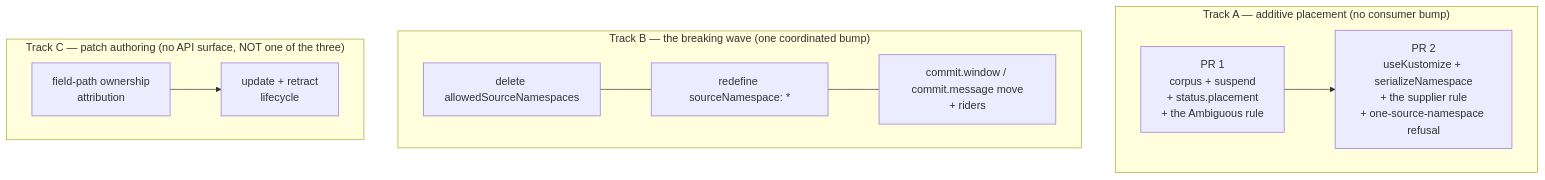
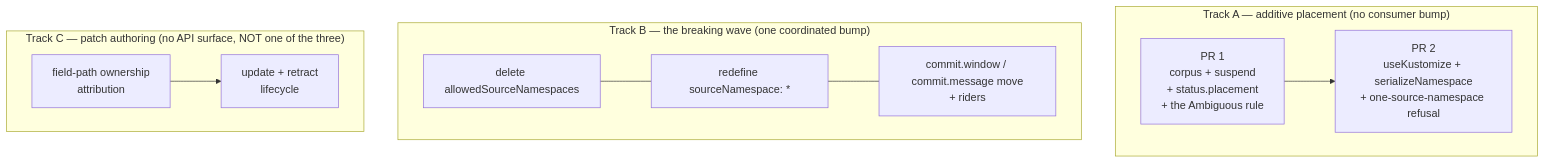
One commit to ConfigButler/gitops-reverser changed the diagram in docs/design/build-order.md. Above: the diagram before and after it, drawn with Mermaid. The commit also changed other lines of this file and 96 other files, not shown here.

First line of the commit message:
feat(gittarget): add spec.suspend and status.placement, refuse ambiguous layouts, and execute the layout corpus (#326)

````diff
--- a/docs/design/build-order.md
+++ b/docs/design/build-order.md
@@ -17,16 +17,16 @@
 ```mermaid
 flowchart TB
   subgraph A["Track A — additive placement (no consumer bump)"]
     direction LR
-    A1["PR 1<br/>corpus + suspend<br/>+ status.placement<br/>+ the Ambiguous rule"] --> A2["PR 2<br/>useKustomize + serializeNamespace<br/>+ the supplier rule<br/>+ one-source-namespace refusal"]
+    A1["PR 1<br/>corpus + suspend<br/>+ status.placement<br/>+ the Ambiguous rule"] --> A2["PR 2<br/>useKustomize + serializeNamespace<br/>+ one-source-namespace refusal"]
   end
   subgraph B["Track B — the breaking wave (one coordinated bump)"]
     direction LR
     B1["delete allowedSourceNamespaces"] --- B2["redefine sourceNamespace: *"]
     B2 --- B3["commit.window / commit.message move<br/>+ riders"]
   end
   subgraph C["Track C — patch authoring (no API surface, NOT one of the three)"]
     direction LR
     C1["field-path ownership<br/>attribution"] --> C2["update + retract<br/>lifecycle"]
   end
 ```
````
